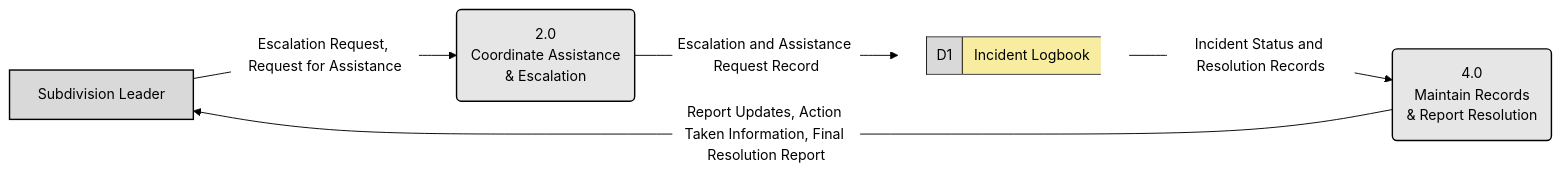
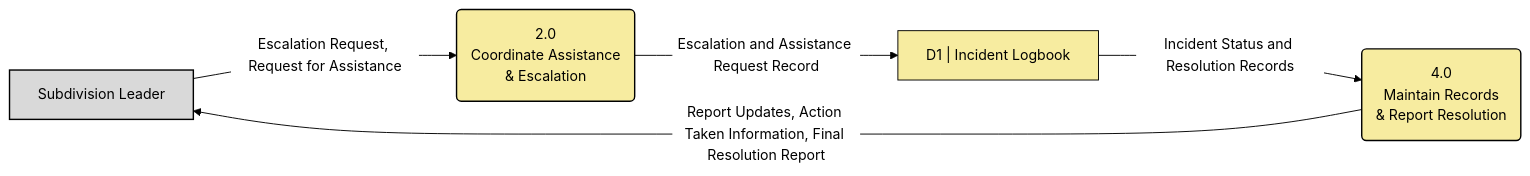
Before and after one commit to Otivz/Straysafe2.0: the third of 4 diagrams in docs/DFD/existing/EXISTING_SYSTEM_DFD.md, drawn with Mermaid. The commit also changed other lines of this file and 81 other files, not shown here.

````diff
--- a/docs/DFD/existing/EXISTING_SYSTEM_DFD.md
+++ b/docs/DFD/existing/EXISTING_SYSTEM_DFD.md
@@ -132,36 +136,37 @@
 ```mermaid
 ---
 config:
   theme: base
   htmlLabels: true
   themeVariables:
     background: "#ffffff"
     primaryColor: "#ffffff"
     primaryTextColor: "#000000"
     primaryBorderColor: "#000000"
     lineColor: "#000000"
     textColor: "#000000"
     fontFamily: "Arial, Helvetica, sans-serif"
     fontSize: "15px"
   flowchart:
     curve: basis
     nodeSpacing: 50
     rankSpacing: 80
     useMaxWidth: false
 ---
 flowchart LR
     LDR["Subdivision Leader"]:::ent
     P2("2.0<br/>Coordinate Assistance<br/>& Escalation"):::proc
     P4("4.0<br/>Maintain Records<br/>& Report Resolution"):::proc
-    D1["<table style='border-collapse:collapse;border-spacing:0;border:1px solid black;border-right:0;color:black'><tr><td style='border-right:1px solid black;background:rgb(217,217,217);padding:8px 10px;white-space:nowrap'>D1</td><td style='background:rgb(247,236,160);padding:8px 12px;white-space:nowrap'>Incident Logbook</td></tr></table>"]:::store
+    D1["D1 | Incident Logbook"]:::store
 
+    %% Plain-label Mermaid preview. Exact editable DFD symbols: ../../drawio/DFD_editable.drawio
     %% Arrows carry data; dashed processes continue on another page.
     LDR -->|"Escalation Request, Request for Assistance"| P2
     P2 -->|"Escalation and Assistance Request Record"| D1
     D1 -->|"Incident Status and Resolution Records"| P4
     P4 -->|"Report Updates, Action Taken Information, Final Resolution Report"| LDR
 
     classDef ent fill:#d9d9d9,stroke:#000000,stroke-width:1.5px
-    classDef proc fill:#e6e6e6,stroke:#000000,stroke-width:1.5px
-    classDef store fill:transparent,stroke:none,padding:0px
+    classDef proc fill:#f7eca0,stroke:#000000,stroke-width:1.5px
+    classDef store fill:#f7eca0,stroke:#000000,stroke-width:1px
 ```
````
